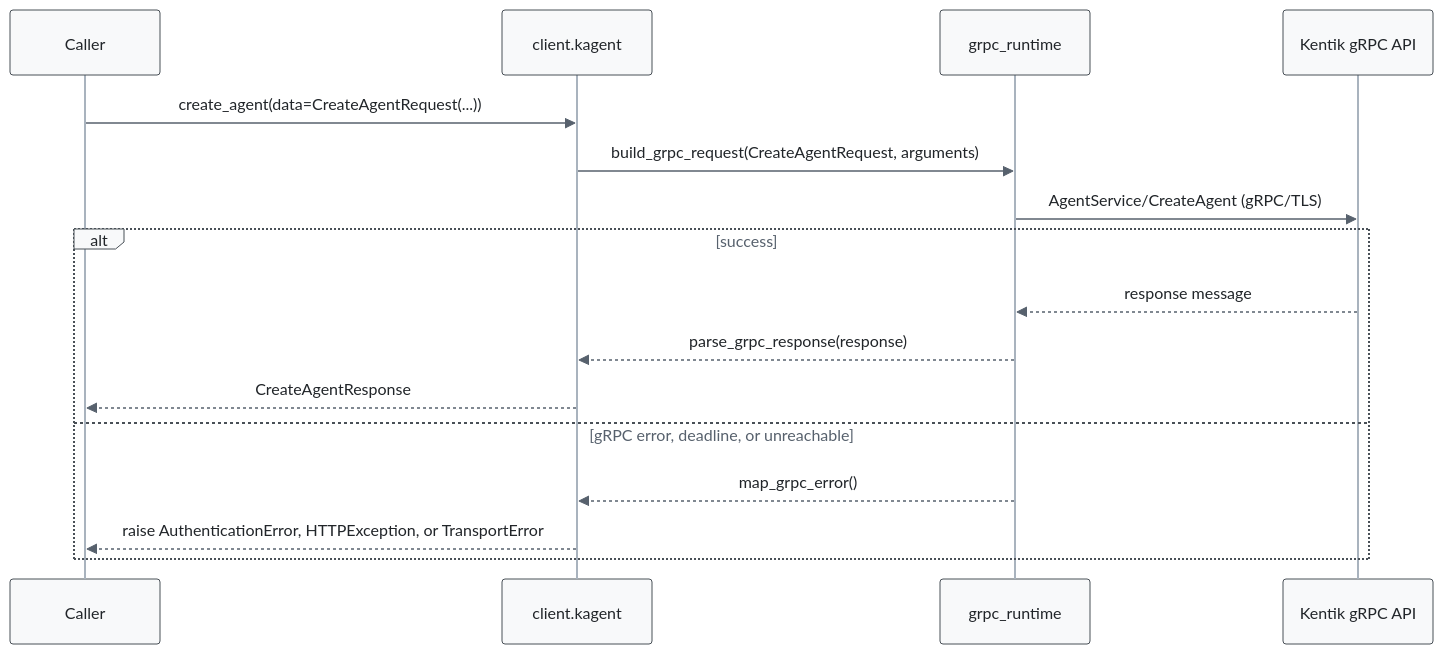
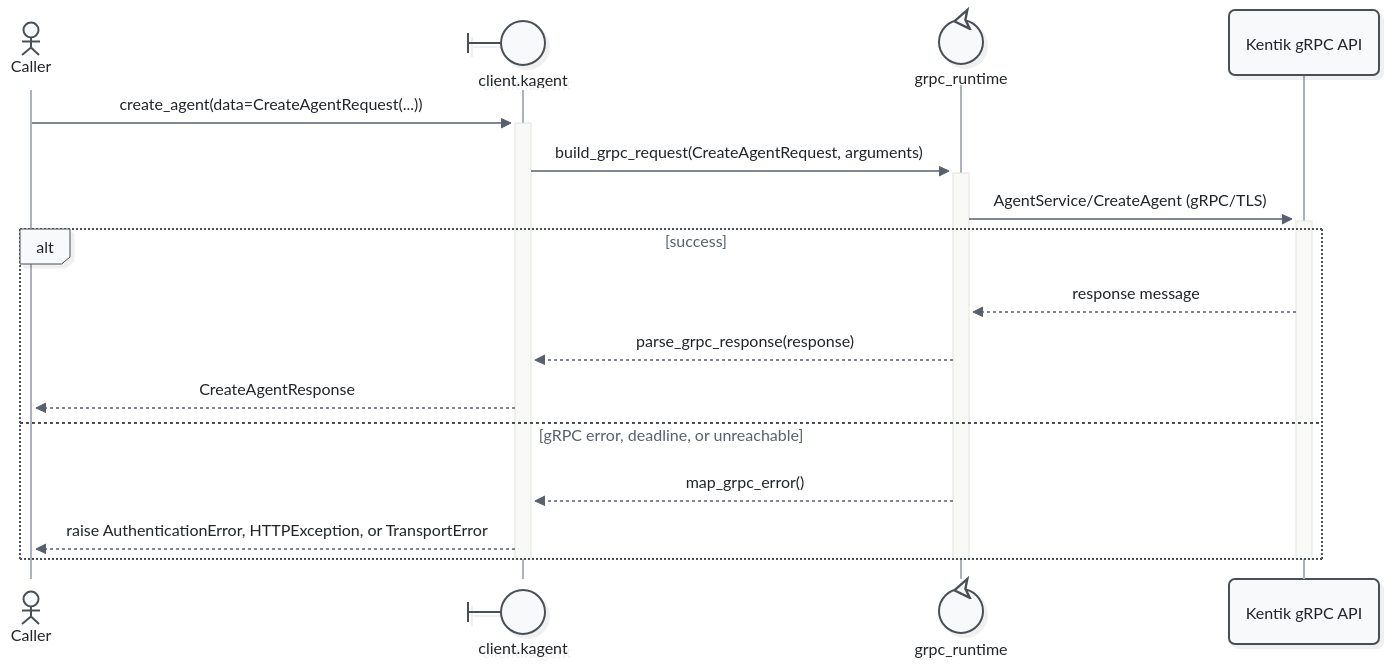
The fourth of 57 diagrams in docs/sphinx/services/kagent.md (alexdearaujo/community_sdk_python), drawn with Mermaid before and after one commit. The commit also changed other lines of this file and 52 other files, not shown here.

First line of the commit message:
docs: Mermaid 12 sequence diagrams with participant types and path colors

````diff
--- a/docs/sphinx/services/kagent.md
+++ b/docs/sphinx/services/kagent.md
@@ -136,20 +143,23 @@
 ```mermaid
-%%{init: {"theme": "base", "fontFamily": "ui-monospace, SFMono-Regular, Menlo, monospace", "themeVariables": {"fontFamily": "ui-monospace, SFMono-Regular, Menlo, monospace", "primaryColor": "#f8f9fa", "primaryBorderColor": "#495057", "primaryTextColor": "#212529", "textColor": "#212529", "lineColor": "#77818c", "edgeLabelBackground": "#ffffff", "actorBkg": "#f8f9fa", "actorBorder": "#495057", "actorTextColor": "#212529", "actorLineColor": "#a9b3be", "signalColor": "#57616d", "signalTextColor": "#212529", "labelBoxBkgColor": "#f8f9fa", "labelBoxBorderColor": "#495057", "labelTextColor": "#212529", "loopTextColor": "#57616d", "noteBkgColor": "#fff9db", "noteBorderColor": "#f08c00", "noteTextColor": "#a35a00"}, "flowchart": {"curve": "step", "nodeSpacing": 30, "rankSpacing": 70, "wrappingWidth": 400}}}%%
+%%{init: {"theme": "redux", "look": "neo", "layout": "dagre", "fontFamily": "ui-monospace, SFMono-Regular, Menlo, monospace", "themeVariables": {"fontFamily": "ui-monospace, SFMono-Regular, Menlo, monospace", "primaryColor": "#f8f9fa", "primaryBorderColor": "#495057", "primaryTextColor": "#212529", "textColor": "#212529", "lineColor": "#77818c", "edgeLabelBackground": "#ffffff", "actorBkg": "#f8f9fa", "actorBorder": "#495057", "actorTextColor": "#212529", "actorLineColor": "#a9b3be", "signalColor": "#57616d", "signalTextColor": "#212529", "labelBoxBkgColor": "#f8f9fa", "labelBoxBorderColor": "#495057", "labelTextColor": "#212529", "loopTextColor": "#57616d", "noteBkgColor": "#fff9db", "noteBorderColor": "#f08c00", "noteTextColor": "#a35a00"}, "sequence": {"activationWidth": 16}, "flowchart": {"curve": "step", "nodeSpacing": 30, "rankSpacing": 70, "wrappingWidth": 400}}}%%
 sequenceDiagram
-    participant C as Caller
-    participant W as client.kagent
-    participant R as grpc_runtime
+    actor C as Caller
+    participant W@{ "type": "boundary" } as client.kagent
+    participant R@{ "type": "control" } as grpc_runtime
     participant API as Kentik gRPC API
 
-    C->>W: create_agent(data=CreateAgentRequest(...))
-    W->>R: build_grpc_request(CreateAgentRequest, arguments)
-    R->>API: AgentService/CreateAgent (gRPC/TLS)
+    C->>+W: create_agent(data=CreateAgentRequest(...))
+    W->>+R: build_grpc_request(CreateAgentRequest, arguments)
+    R->>+API: AgentService/CreateAgent (gRPC/TLS)
     alt success
         API-->>R: response message
         R-->>W: parse_grpc_response(response)
         W-->>C: CreateAgentResponse
     else gRPC error, deadline, or unreachable
         R-->>W: map_grpc_error()
         W-->>C: raise AuthenticationError, HTTPException, or TransportError
     end
+    deactivate API
+    deactivate R
+    deactivate W
 ```
````
